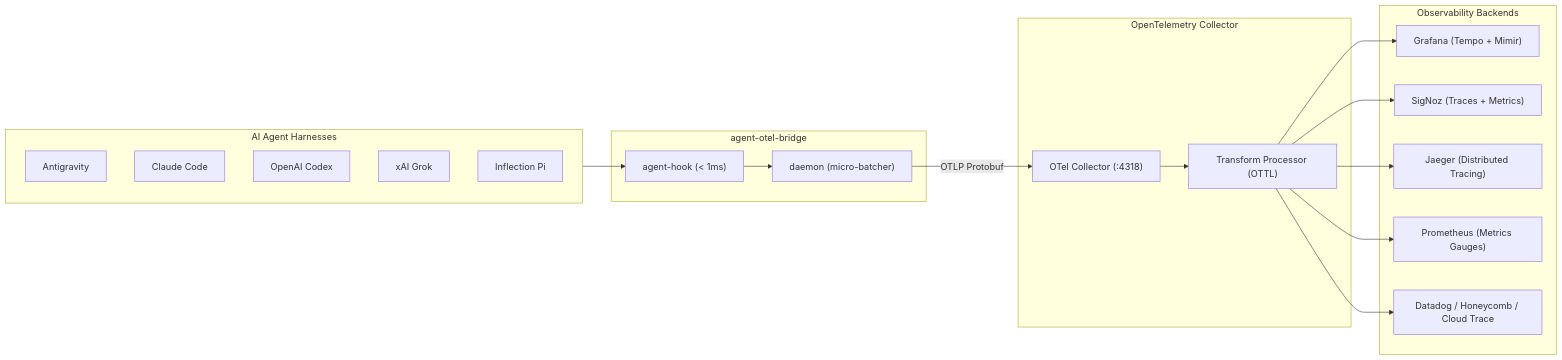
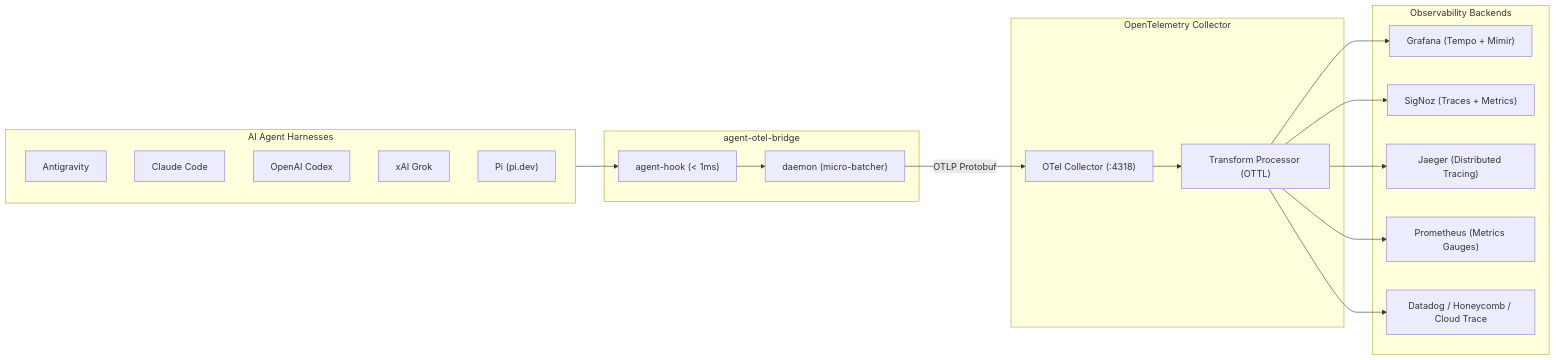
Before and after one commit to smota/agent-otel-bridge: the diagram in docs/DASHBOARDS.md, drawn with Mermaid. The commit also changed other lines of this file and 33 other files, not shown here.

````diff
--- a/docs/DASHBOARDS.md
+++ b/docs/DASHBOARDS.md
@@ -19,36 +19,36 @@
 ```mermaid
 flowchart LR
     subgraph Agents ["AI Agent Harnesses"]
         A1["Antigravity"]
         A2["Claude Code"]
         A3["OpenAI Codex"]
         A4["xAI Grok"]
-        A5["Inflection Pi"]
+        A5["Pi (pi.dev)"]
     end
 
     subgraph Bridge ["agent-otel-bridge"]
         Hook["agent-hook (< 1ms)"]
         Daemon["daemon (micro-batcher)"]
     end
 
     subgraph CollectorTier ["OpenTelemetry Collector"]
         OTelCol["OTel Collector (:4318)"]
         OTTL["Transform Processor (OTTL)"]
     end
 
     subgraph Backends ["Observability Backends"]
         Grafana["Grafana (Tempo + Mimir)"]
         SigNoz["SigNoz (Traces + Metrics)"]
         Jaeger["Jaeger (Distributed Tracing)"]
         Prom["Prometheus (Metrics Gauges)"]
         Cloud["Datadog / Honeycomb / Cloud Trace"]
     end
 
     Agents --> Hook --> Daemon -->|"OTLP Protobuf"| OTelCol
     OTelCol --> OTTL
     OTTL --> Grafana
     OTTL --> SigNoz
     OTTL --> Jaeger
     OTTL --> Prom
     OTTL --> Cloud
 ```
````
